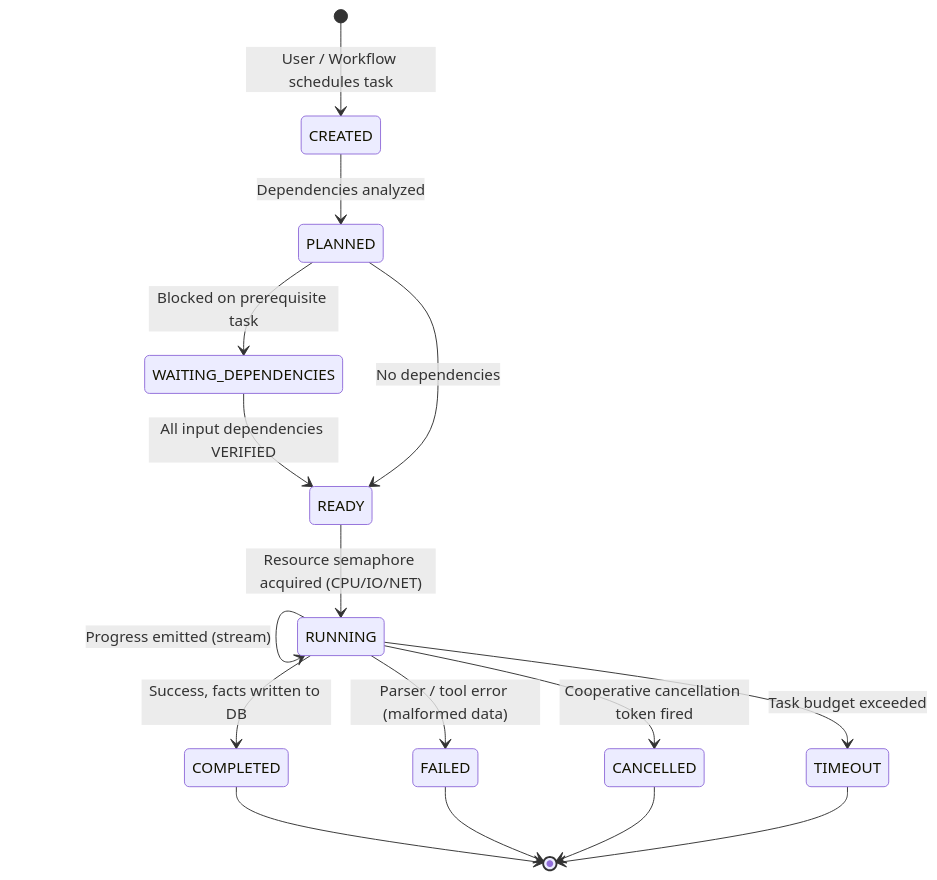
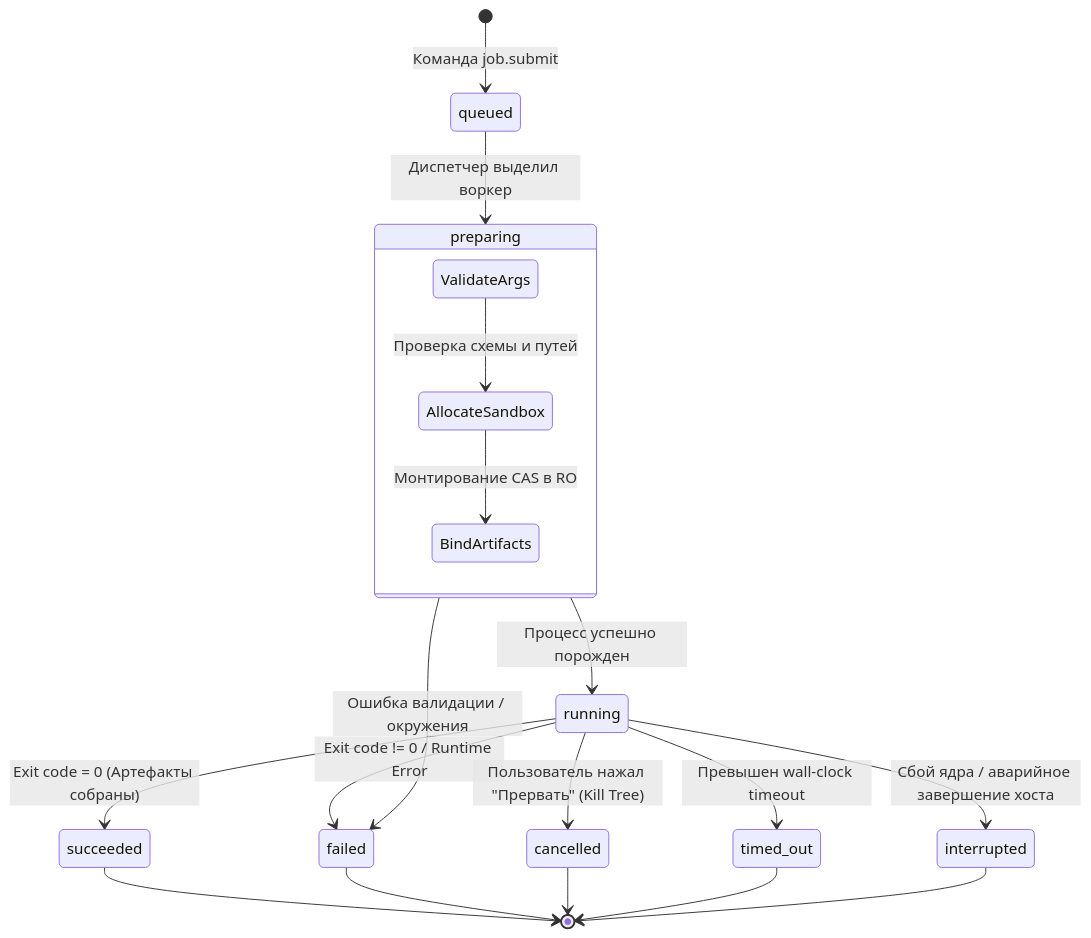
The third of 6 diagrams in docs/it-company/06-system-analyst.md (Sirojiddin6556/soc-dfir-platform), drawn with Mermaid before and after one commit. The commit also changed other lines of this file and 189 other files, not shown here.

````diff
--- a/docs/it-company/06-system-analyst.md
+++ b/docs/it-company/06-system-analyst.md
@@ -43,18 +83,25 @@
 ```mermaid
 stateDiagram-v2
-    [*] --> CREATED: User / Workflow schedules task
-    CREATED --> PLANNED: Dependencies analyzed
-    PLANNED --> WAITING_DEPENDENCIES: Blocked on prerequisite task
-    WAITING_DEPENDENCIES --> READY: All input dependencies VERIFIED
-    PLANNED --> READY: No dependencies
-    READY --> RUNNING: Resource semaphore acquired (CPU/IO/NET)
-    RUNNING --> RUNNING: Progress emitted (stream)
-    RUNNING --> CANCELLED: Cooperative cancellation token fired
-    RUNNING --> TIMEOUT: Task budget exceeded
-    RUNNING --> FAILED: Parser / tool error (malformed data)
-    RUNNING --> COMPLETED: Success, facts written to DB
-    COMPLETED --> [*]
-    FAILED --> [*]
-    CANCELLED --> [*]
-    TIMEOUT --> [*]
+    [*] --> queued: Команда job.submit
+    queued --> preparing: Диспетчер выделил воркер
+    
+    state preparing {
+        ValidateArgs --> AllocateSandbox: Проверка схемы и путей
+        AllocateSandbox --> BindArtifacts: Монтирование CAS в RO
+    }
+
+    preparing --> running: Процесс успешно порожден
+    preparing --> failed: Ошибка валидации / окружения
+
+    running --> succeeded: Exit code = 0 (Артефакты собраны)
+    running --> failed: Exit code != 0 / Runtime Error
+    running --> cancelled: Пользователь нажал "Прервать" (Kill Tree)
+    running --> timed_out: Превышен wall-clock timeout
+    running --> interrupted: Сбой ядра / аварийное завершение хоста
+
+    succeeded --> [*]
+    failed --> [*]
+    cancelled --> [*]
+    timed_out --> [*]
+    interrupted --> [*]
 ```
````
